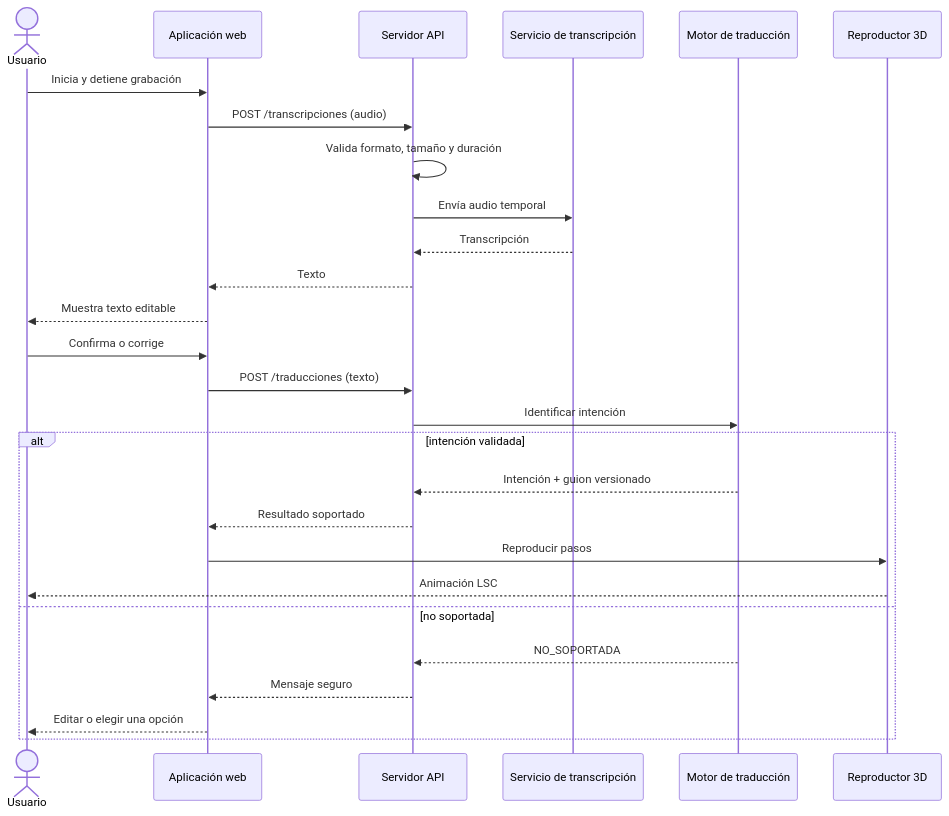
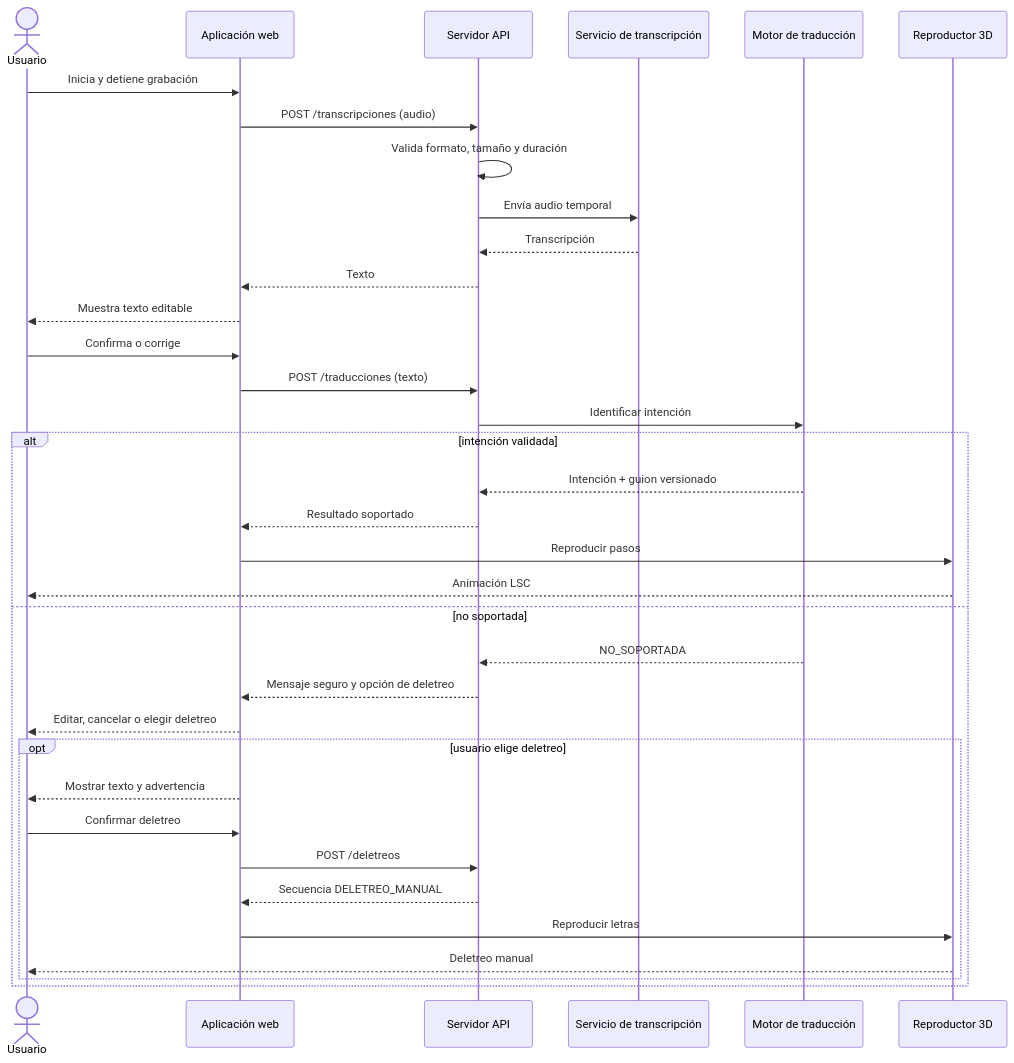
Before and after one commit to JhonatanC4STRO/NexoLSC: the first of 3 diagrams in docs/06-arquitectura/diagramas-secuencia.md, drawn with Mermaid. The commit also changed other lines of this file and 39 other files, not shown here.

````diff
--- a/docs/06-arquitectura/diagramas-secuencia.md
+++ b/docs/06-arquitectura/diagramas-secuencia.md
@@ -8,30 +7,38 @@
 ```mermaid
 sequenceDiagram
     actor U as Usuario
     participant W as Aplicación web
     participant A as Servidor API
     participant S as Servicio de transcripción
     participant T as Motor de traducción
     participant P as Reproductor 3D
 
     U->>W: Inicia y detiene grabación
     W->>A: POST /transcripciones (audio)
     A->>A: Valida formato, tamaño y duración
     A->>S: Envía audio temporal
     S-->>A: Transcripción
     A-->>W: Texto
     W-->>U: Muestra texto editable
     U->>W: Confirma o corrige
     W->>A: POST /traducciones (texto)
     A->>T: Identificar intención
     alt intención validada
         T-->>A: Intención + guion versionado
         A-->>W: Resultado soportado
         W->>P: Reproducir pasos
         P-->>U: Animación LSC
     else no soportada
         T-->>A: NO_SOPORTADA
-        A-->>W: Mensaje seguro
-        W-->>U: Editar o elegir una opción
+        A-->>W: Mensaje seguro y opción de deletreo
+        W-->>U: Editar, cancelar o elegir deletreo
+        opt usuario elige deletreo
+            W-->>U: Mostrar texto y advertencia
+            U->>W: Confirmar deletreo
+            W->>A: POST /deletreos
+            A-->>W: Secuencia DELETREO_MANUAL
+            W->>P: Reproducir letras
+            P-->>U: Deletreo manual
+        end
     end
 ```
````
